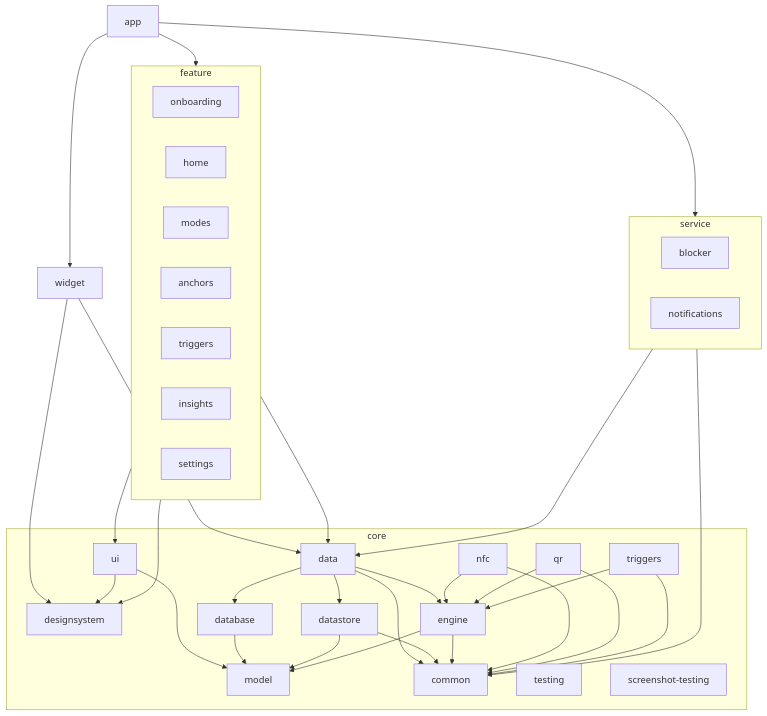
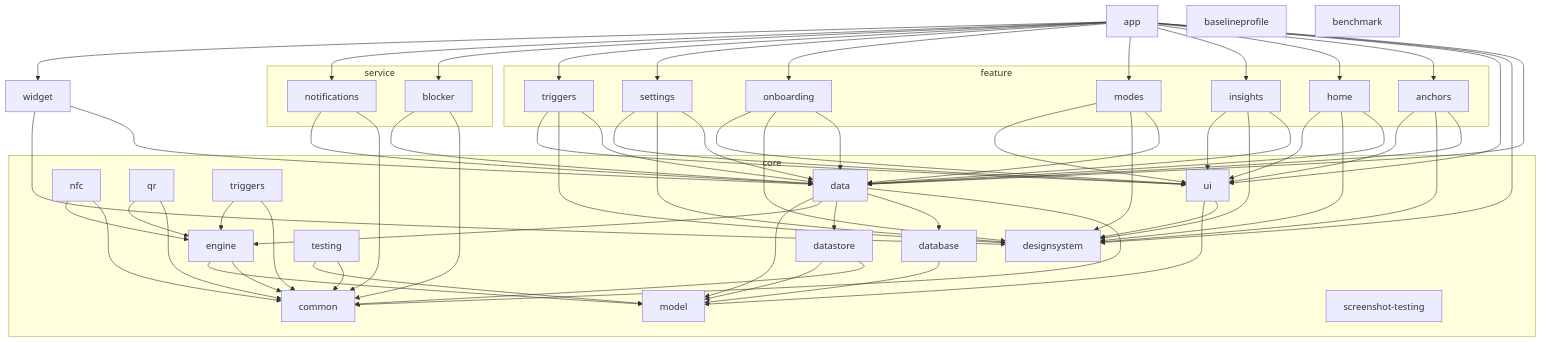
One commit to uveshm003/anchor-android changed the diagram in README.md. Above: the diagram before and after it, drawn with Mermaid. The commit also changed other lines of this file and 6 other files, not shown here.

First line of the commit message:
docs(architecture): module graph and ADRs for UDF and the engine command pattern (#90)

````diff
--- a/README.md
+++ b/README.md
@@ -79,29 +80,95 @@
 ```mermaid
 graph TD
     app[app]
-
-    subgraph features[feature]
-        onboarding & home & modes & anchors & ftriggers[triggers] & insights & settings
+    baselineprofile[baselineprofile]
+    benchmark[benchmark]
+    widget[widget]
+    subgraph core
+        core_common[common]
+        core_data[data]
+        core_database[database]
+        core_datastore[datastore]
+        core_designsystem[designsystem]
+        core_engine[engine]
+        core_model[model]
+        core_nfc[nfc]
+        core_qr[qr]
+        core_screenshot_testing[screenshot-testing]
+        core_testing[testing]
+        core_triggers[triggers]
+        core_ui[ui]
     end
-    widget[widget]
-
-    subgraph services[service]
-        blocker & notifications
+    subgraph feature
+        feature_anchors[anchors]
+        feature_home[home]
+        feature_insights[insights]
+        feature_modes[modes]
+        feature_onboarding[onboarding]
+        feature_settings[settings]
+        feature_triggers[triggers]
     end
-
-    subgraph core[core]
-        designsystem & ui & data & database & datastore & engine & model & common
-        nfc & qr & ctriggers[triggers] & testing & screenshottesting[screenshot-testing]
+    subgraph service
+        service_blocker[blocker]
+        service_notifications[notifications]
     end
-
-    app --> features & widget & services
-    features --> ui & designsystem & data
-    widget --> data & designsystem
-    services --> data & common
-    ui --> designsystem & model
-    data --> database & datastore & engine & common
-    database --> model
-    datastore --> model & common
-    engine --> model & common
-    nfc & qr & ctriggers --> engine & common
+    app --> core_data
+    app --> core_designsystem
+    app --> core_ui
+    app --> feature_anchors
+    app --> feature_home
+    app --> feature_insights
+    app --> feature_modes
+    app --> feature_onboarding
+    app --> feature_settings
+    app --> feature_triggers
+    app --> service_blocker
+    app --> service_notifications
+    app --> widget
+    core_data --> core_common
+    core_data --> core_database
+    core_data --> core_datastore
+    core_data --> core_engine
+    core_data --> core_model
+    core_database --> core_model
+    core_datastore --> core_common
+    core_datastore --> core_model
+    core_engine --> core_common
+    core_engine --> core_model
+    core_nfc --> core_common
+    core_nfc --> core_engine
+    core_qr --> core_common
+    core_qr --> core_engine
+    core_testing --> core_common
+    core_testing --> core_model
+    core_triggers --> core_common
+    core_triggers --> core_engine
+    core_ui --> core_designsystem
+    core_ui --> core_model
+    feature_anchors --> core_data
+    feature_anchors --> core_designsystem
+    feature_anchors --> core_ui
+    feature_home --> core_data
+    feature_home --> core_designsystem
+    feature_home --> core_ui
+    feature_insights --> core_data
+    feature_insights --> core_designsystem
+    feature_insights --> core_ui
+    feature_modes --> core_data
+    feature_modes --> core_designsystem
+    feature_modes --> core_ui
+    feature_onboarding --> core_data
+    feature_onboarding --> core_designsystem
+    feature_onboarding --> core_ui
+    feature_settings --> core_data
+    feature_settings --> core_designsystem
+    feature_settings --> core_ui
+    feature_triggers --> core_data
+    feature_triggers --> core_designsystem
+    feature_triggers --> core_ui
+    service_blocker --> core_common
+    service_blocker --> core_data
+    service_notifications --> core_common
+    service_notifications --> core_data
+    widget --> core_data
+    widget --> core_designsystem
 ```
````
